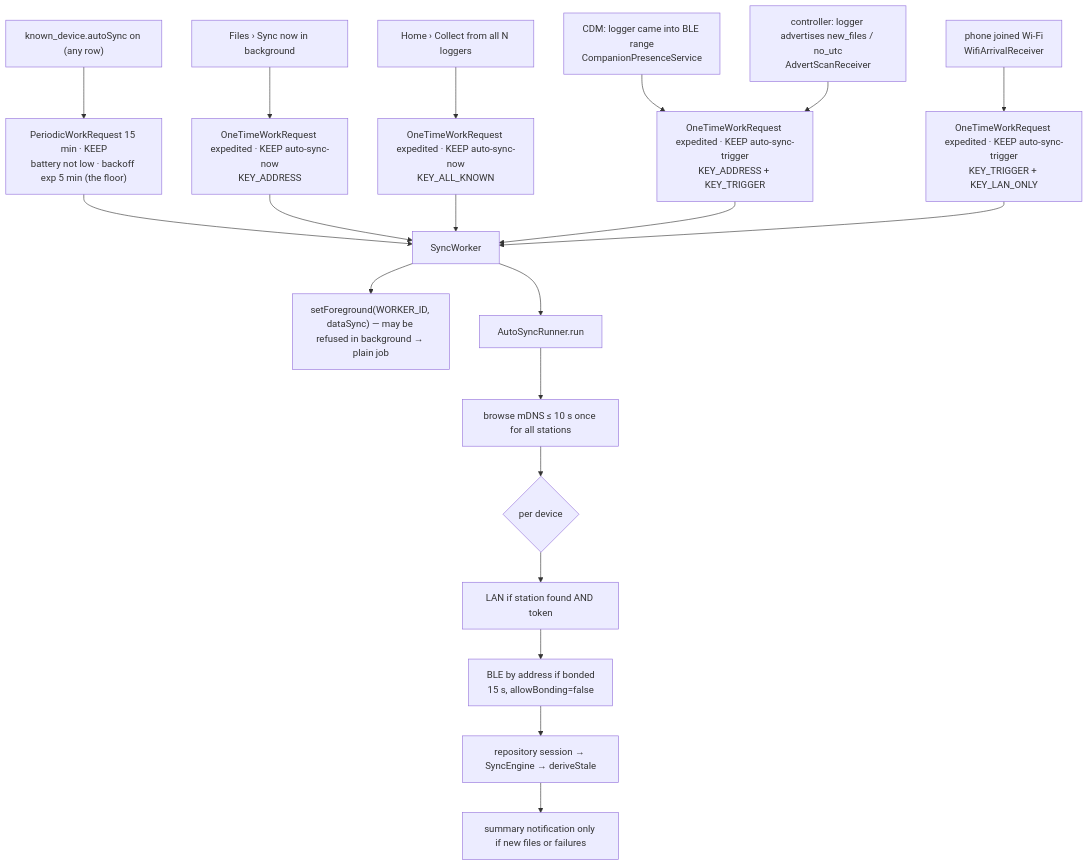
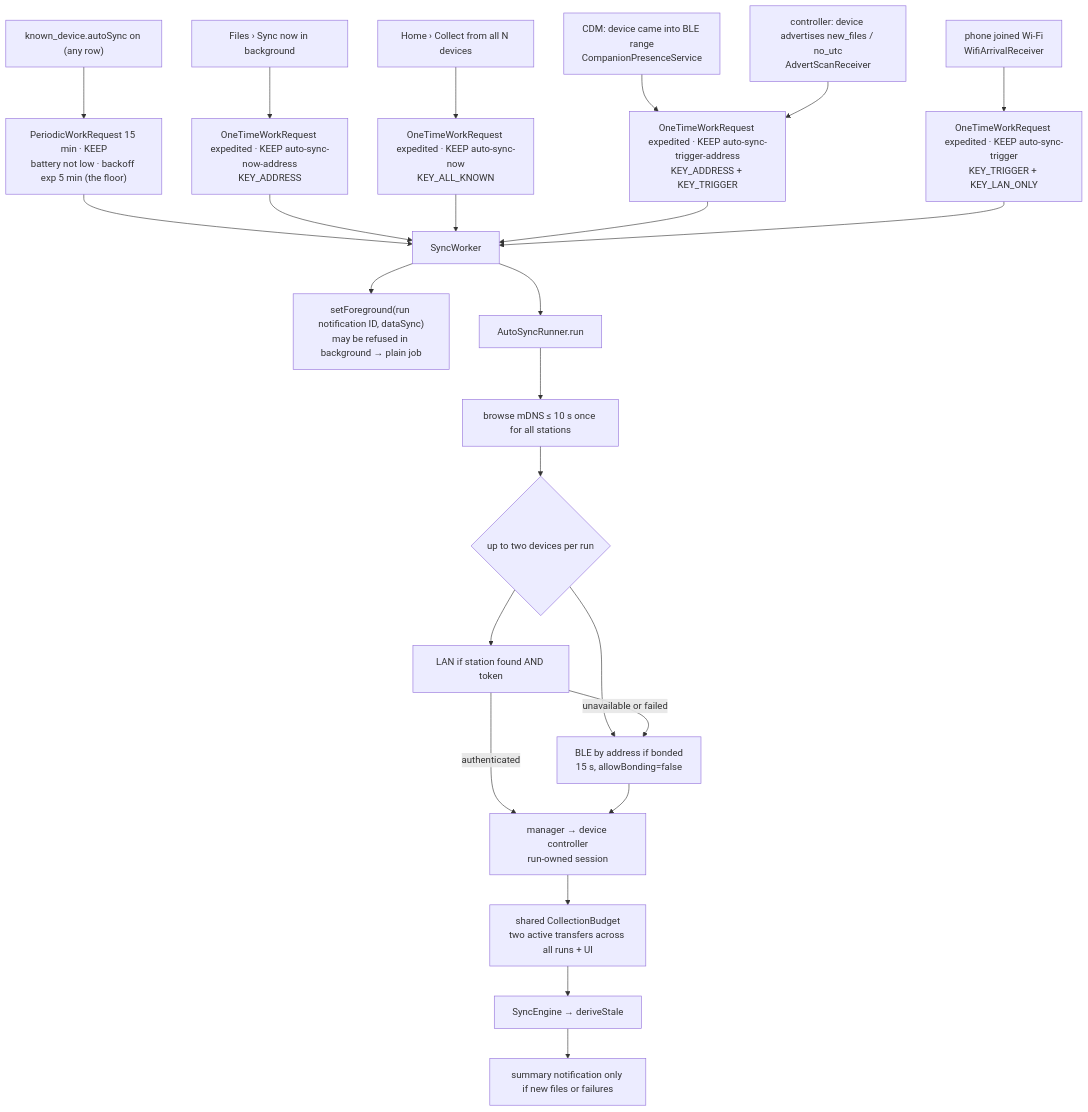
The diagram in docs/background-sync.md (walkthru-earth/opensensor-space-mobile), drawn with Mermaid before and after one commit. The commit also changed other lines of this file and 74 other files, not shown here.

First line of the commit message:
Rebrand as opensensor.space and collect from multiple devices

````diff
--- a/docs/background-sync.md
+++ b/docs/background-sync.md
@@ -17,21 +17,26 @@
 ```mermaid
 flowchart TD
   SW["known_device.autoSync on (any row)"] --> P["PeriodicWorkRequest 15 min · KEEP<br/>battery not low · backoff exp 5 min (the floor)"]
-  M1["Files › Sync now in background"] --> O1["OneTimeWorkRequest expedited · KEEP auto-sync-now<br/>KEY_ADDRESS"]
-  M2["Home › Collect from all N loggers"] --> O2["OneTimeWorkRequest expedited · KEEP auto-sync-now<br/>KEY_ALL_KNOWN"]
-  T1["CDM: logger came into BLE range<br/>CompanionPresenceService"] --> O3["OneTimeWorkRequest expedited · KEEP auto-sync-trigger<br/>KEY_ADDRESS + KEY_TRIGGER"]
-  T2["controller: logger advertises new_files / no_utc<br/>AdvertScanReceiver"] --> O3
+  M1["Files › Sync now in background"] --> O1["OneTimeWorkRequest expedited · KEEP auto-sync-now-address<br/>KEY_ADDRESS"]
+  M2["Home › Collect from all N devices"] --> O2["OneTimeWorkRequest expedited · KEEP auto-sync-now<br/>KEY_ALL_KNOWN"]
+  T1["CDM: device came into BLE range<br/>CompanionPresenceService"] --> O3["OneTimeWorkRequest expedited · KEEP auto-sync-trigger-address<br/>KEY_ADDRESS + KEY_TRIGGER"]
+  T2["controller: device advertises new_files / no_utc<br/>AdvertScanReceiver"] --> O3
   T3["phone joined Wi-Fi<br/>WifiArrivalReceiver"] --> O4["OneTimeWorkRequest expedited · KEEP auto-sync-trigger<br/>KEY_TRIGGER + KEY_LAN_ONLY"]
   P --> W[SyncWorker]
   O1 --> W
   O2 --> W
   O3 --> W
   O4 --> W
-  W --> F["setForeground(WORKER_ID, dataSync) — may be refused in background → plain job"]
+  W --> F["setForeground(run notification ID, dataSync)<br/>may be refused in background → plain job"]
   W --> R[AutoSyncRunner.run]
   R --> L["browse mDNS ≤ 10 s once for all stations"]
-  L --> D{per device}
-  D --> LAN["LAN if station found AND token"] --> BLE["BLE by address if bonded<br/>15 s, allowBonding=false"]
-  BLE --> S[repository session → SyncEngine → deriveStale]
+  L --> D{up to two devices per run}
+  D --> LAN["LAN if station found AND token"]
+  D --> BLE["BLE by address if bonded<br/>15 s, allowBonding=false"]
+  LAN -- unavailable or failed --> BLE
+  LAN -- authenticated --> C["manager → device controller<br/>run-owned session"]
+  BLE --> C
+  C --> B["shared CollectionBudget<br/>two active transfers across all runs + UI"]
+  B --> S["SyncEngine → deriveStale"]
   S --> N["summary notification only if new files or failures"]
 ```
````
